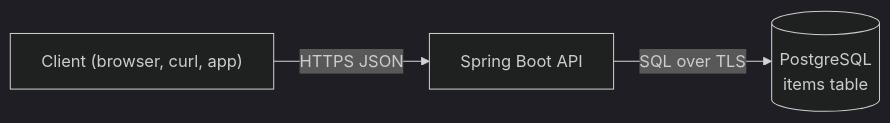
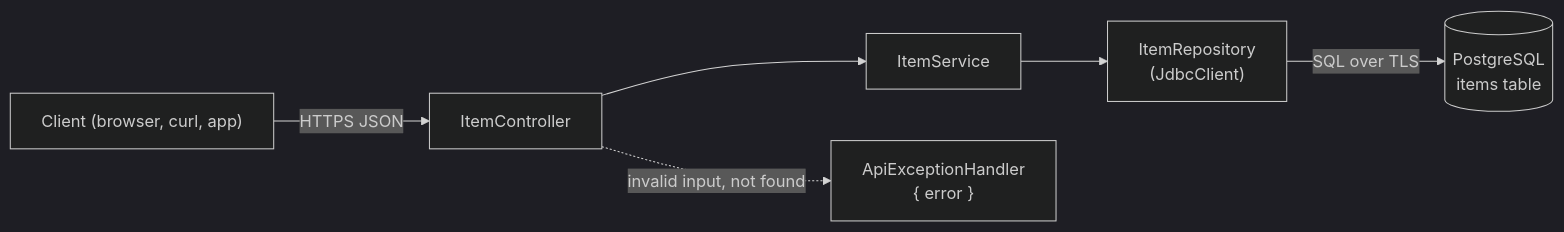
Before and after one commit to light-cloud-com/templates: the diagram in starters/crud-api-spring-boot/README.md, drawn with Mermaid (dark theme). The commit also changed other lines of this file and 15 other files, not shown here.

First line of the commit message:
Spring Boot 4 CRUD REST API starter with PostgreSQL for Java, with validation and tests

````diff
--- a/starters/crud-api-spring-boot/README.md
+++ b/starters/crud-api-spring-boot/README.md
@@ -9,5 +9,8 @@
 ```mermaid
 flowchart LR
-    client["Client (browser, curl, app)"] -->|HTTPS JSON| api["Spring Boot API"]
-    api -->|SQL over TLS| db[("PostgreSQL<br/>items table")]
+    client["Client (browser, curl, app)"] -->|HTTPS JSON| controller["ItemController"]
+    controller --> service["ItemService"]
+    service --> repo["ItemRepository<br/>(JdbcClient)"]
+    repo -->|SQL over TLS| db[("PostgreSQL<br/>items table")]
+    controller -. "invalid input, not found" .-> errors["ApiExceptionHandler<br/>{ error }"]
 ```
````
